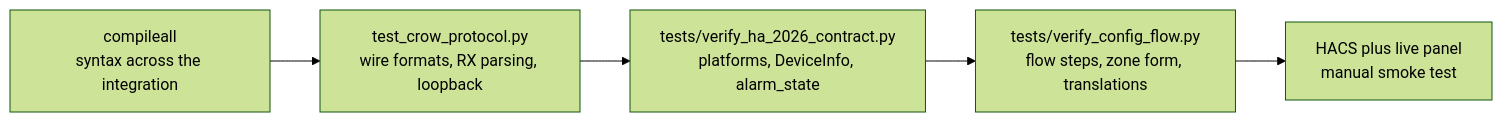
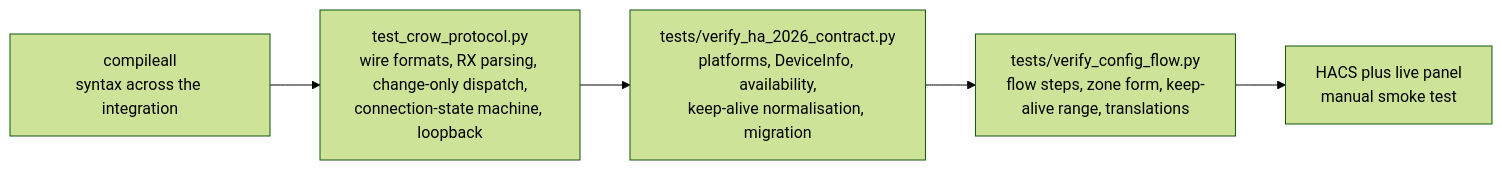
One commit to acdcnow/Crow-AAP-Alarm-System-for-Home-Assistant changed the tenth of 13 diagrams in docs/WORKFLOWS.md. Above: the diagram before and after it, drawn with Mermaid (forest theme). The commit also changed other lines of this file and 23 other files, not shown here.

````diff
--- a/docs/WORKFLOWS.md
+++ b/docs/WORKFLOWS.md
@@ -250,10 +265,10 @@
 ```mermaid
 flowchart LR
     A["compileall<br/>syntax across the integration"]
-    B["test_crow_protocol.py<br/>wire formats, RX parsing, loopback"]
-    C["tests/verify_ha_2026_contract.py<br/>platforms, DeviceInfo, alarm_state"]
-    D["tests/verify_config_flow.py<br/>flow steps, zone form, translations"]
+    B["test_crow_protocol.py<br/>wire formats, RX parsing, change-only dispatch,<br/>connection-state machine, loopback"]
+    C["tests/verify_ha_2026_contract.py<br/>platforms, DeviceInfo, availability,<br/>keep-alive normalisation, migration"]
+    D["tests/verify_config_flow.py<br/>flow steps, zone form, keep-alive range, translations"]
     E["HACS plus live panel<br/>manual smoke test"]
 
     A --> B --> C --> D --> E
 ```
````
